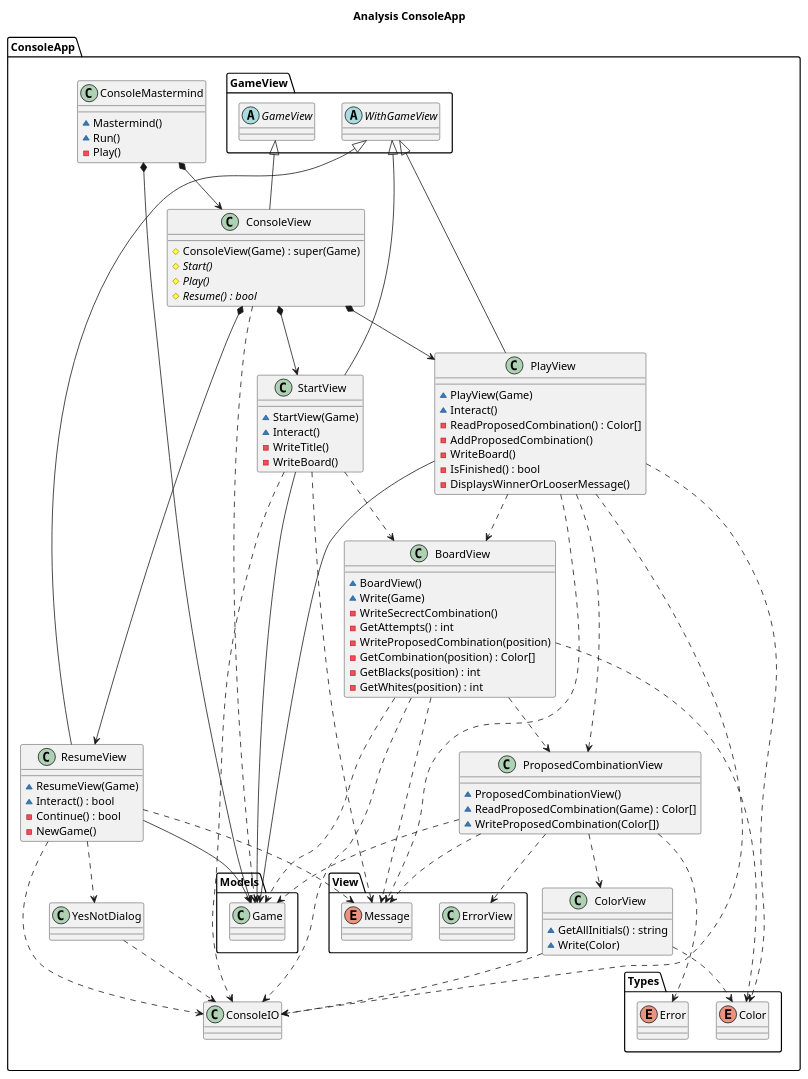
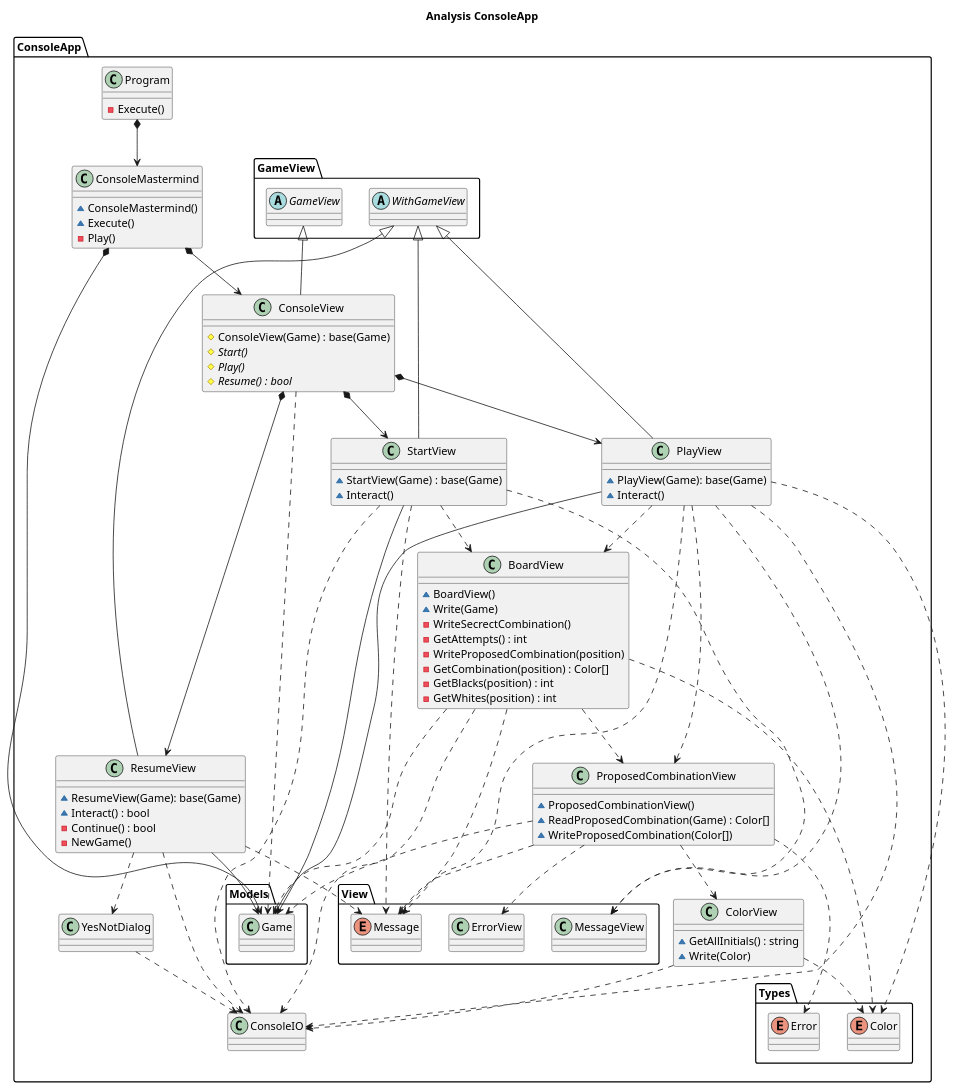
The diagram in src/Mastermind/DocumentView/WitOutFactoryMethod/Docs/ConsonleApp.plantuml (franpaulinoinfante/MasterSoftwareDevelopment), drawn with PlantUML before and after one commit. The commit also changed 3 other files, not shown here.

```diff
--- a/src/Mastermind/DocumentView/WitOutFactoryMethod/Docs/ConsonleApp.plantuml
+++ b/src/Mastermind/DocumentView/WitOutFactoryMethod/Docs/ConsonleApp.plantuml
@@ -1,117 +1,117 @@
 @startuml AnalysisConsoleApp
 title Analysis ConsoleApp
 
 namespace ConsoleApp{
+    class Program{
+        -Execute()
+    }
+    Program *--> ConsoleMastermind
+
     class ConsoleMastermind{
-        ~Mastermind()
-        ~Run()
+        ~ConsoleMastermind()
+        ~Execute()
         -Play()
     }
     ConsoleMastermind *--> Models.Game
     ConsoleMastermind *--> ConsoleView
 
     abstract GameView.GameView{}
     abstract GameView.WithGameView
 
     class ConsoleView{
-        #ConsoleView(Game) : super(Game)
+        #ConsoleView(Game) : base(Game)
         #{abstract} Start()
         #{abstract} Play()
         #{abstract} Resume() : bool
     }
     ConsoleView -up-|> GameView.GameView
     ConsoleView *--> StartView
     ConsoleView *--> PlayView
     ConsoleView *--> ResumeView
     ConsoleView ..> Models.Game
 
     class StartView{
-        ~StartView(Game)
+        ~StartView(Game) : base(Game)
         ~Interact()
-        -WriteTitle()
-        -WriteBoard()
     }
     StartView -up-|> GameView.WithGameView
     StartView --> Models.Game
     StartView ..> View.Message
+    StartView ..> View.MessageView
     StartView ..> BoardView
     StartView ..> ConsoleIO
 
     class PlayView{
-        ~PlayView(Game)
+        ~PlayView(Game): base(Game)
         ~Interact()
-        -ReadProposedCombination() : Color[]
-        -AddProposedCombination()
-        -WriteBoard()
-        -IsFinished() : bool
-        -DisplaysWinnerOrLooserMessage()
     }
     PlayView -up-|> GameView.WithGameView
     PlayView --> Models.Game
     PlayView ..> ProposedCombinationView
     PlayView ..> BoardView
+    PlayView ..> View.MessageView
     PlayView ..> View.Message
     PlayView ..> Types.Color
     PlayView ..> ConsoleIO
 
     class ResumeView{
-        ~ResumeView(Game)
+        ~ResumeView(Game): base(Game)
         ~Interact() : bool
         -Continue() : bool
         -NewGame()
     }
     ResumeView -up-|> GameView.WithGameView
     ResumeView --> Models.Game
     ResumeView ..> YesNotDialog
     ResumeView ..> View.Message
     ResumeView ..> ConsoleIO
 
     class BoardView{
         ~BoardView()
         ~Write(Game)
         -WriteSecrectCombination()
         -GetAttempts() : int
         -WriteProposedCombination(position)
         -GetCombination(position) : Color[]
         -GetBlacks(position) : int
         -GetWhites(position) : int
     }
     BoardView ..> Models.Game
     BoardView ..> ProposedCombinationView
     BoardView ..> View.Message
     BoardView ..> Types.Color
     BoardView ..> ConsoleIO
 
     class ProposedCombinationView{
         ~ProposedCombinationView()
         ~ReadProposedCombination(Game) : Color[]
         ~WriteProposedCombination(Color[])
     }
     ProposedCombinationView ..> Models.Game
     ProposedCombinationView ..> View.Message
     ProposedCombinationView ..> ColorView
     ProposedCombinationView ..> Types.Error
     ProposedCombinationView ..> View.ErrorView
 
     class ColorView{
         ~GetAllInitials() : string
         ~Write(Color)
     }
     ColorView ..> Types.Color
     ColorView ..> ConsoleIO
 
 
     class YesNotDialog{
 
     }
     YesNotDialog ..> ConsoleIO
 
 
     enum View.Message{}
     enum Types.Color{}
     enum Types.Error{}
 
 
 }
 
 @enduml
```
